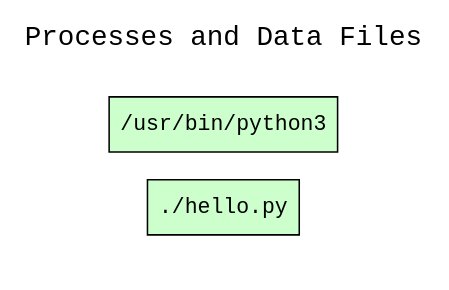
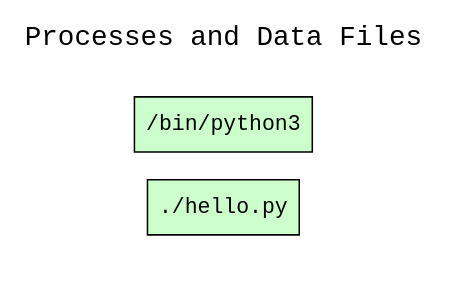
One commit to CIRSS/cpr-demo-2021 changed the diagram in examples/01-xsb-examples/06-hello-python/graphs.d/cpr_processes_and_data_files.dot. Above: the diagram before and after it, drawn with Graphviz. The commit also changed 69 other files, not shown here.

```diff
--- a/examples/01-xsb-examples/06-hello-python/graphs.d/cpr_processes_and_data_files.dot
+++ b/examples/01-xsb-examples/06-hello-python/graphs.d/cpr_processes_and_data_files.dot
@@ -1,13 +1,13 @@
 
 digraph cpr_run {
 rankdir=LR
 fontname=Courier; fontsize=18; labelloc=t
 label="Processes and Data Files"
 subgraph cluster_inputs { label=""; color=white; penwidth=0
 subgraph cluster_inputs_inner { label=""; color=white
 node[shape=box style="filled" fillcolor="#CCFFCC" peripheries=1 fontname=Courier]
-"exe:e3" [label="/usr/bin/python3"]
+"exe:e3" [label="/bin/python3"]
 "exe:e2" [label="./hello.py"]
 node[shape=box style="rounded,filled" fillcolor="#FFFFCC" peripheries=1 fontname=Helvetica]
 }}
 }
```
